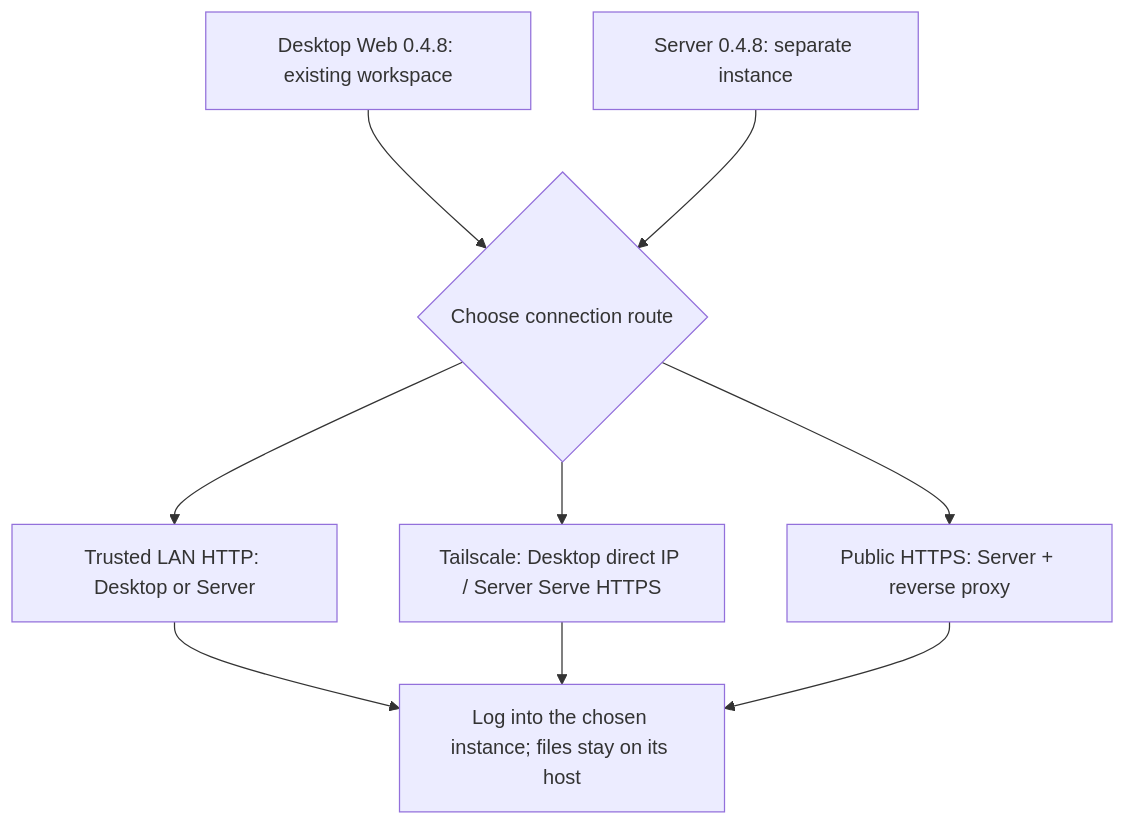
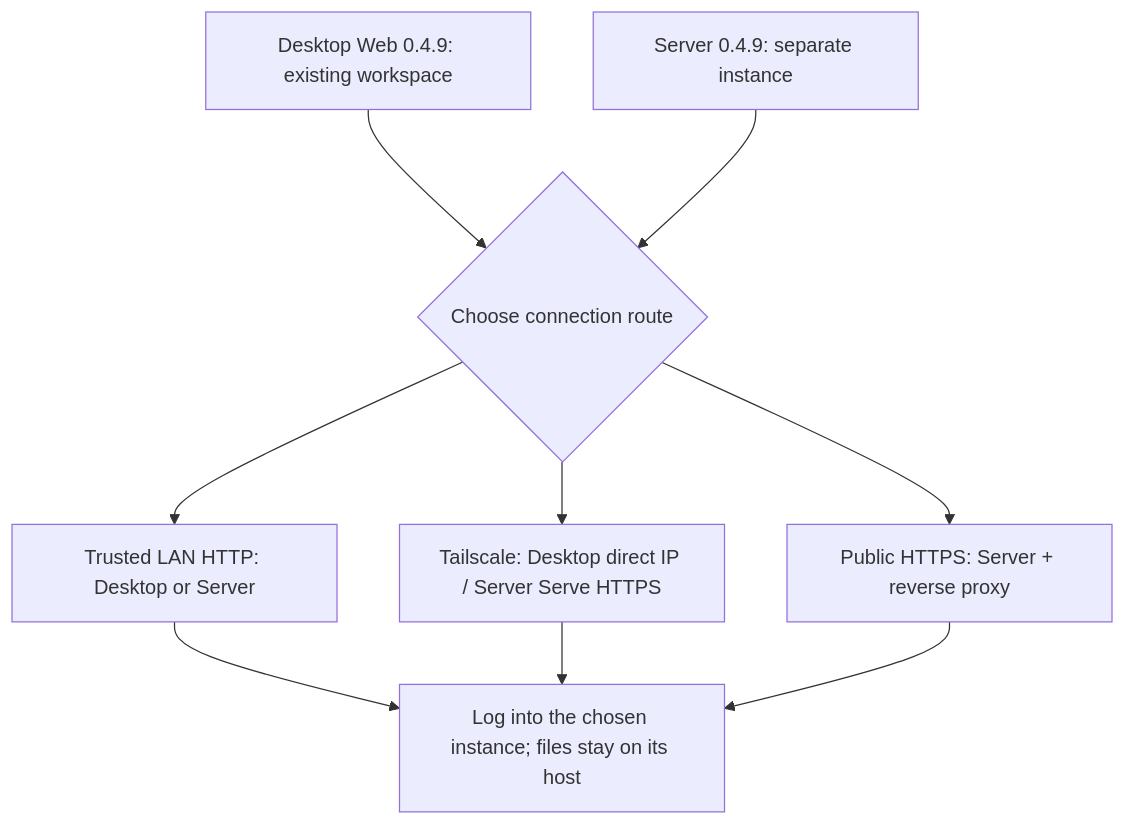
The diagram in website/site/public/assets/diagrams/deployment-choice-en.mmd (123eyu/rovai-ai), drawn with Mermaid before and after one commit. The commit also changed 11 other files, not shown here.

```diff
--- a/website/site/public/assets/diagrams/deployment-choice-en.mmd
+++ b/website/site/public/assets/diagrams/deployment-choice-en.mmd
@@ -1,12 +1,12 @@
 flowchart TB
-  desktop["Desktop Web 0.4.8: existing workspace"]
-  server["Server 0.4.8: separate instance"]
+  desktop["Desktop Web 0.4.9: existing workspace"]
+  server["Server 0.4.9: separate instance"]
   choice{"Choose connection route"}
   desktop --> choice
   server --> choice
   choice --> lan["Trusted LAN HTTP: Desktop or Server"]
   choice --> ts["Tailscale: Desktop direct IP / Server Serve HTTPS"]
   choice --> public["Public HTTPS: Server + reverse proxy"]
   lan --> login["Log into the chosen instance; files stay on its host"]
   ts --> login
   public --> login
```
